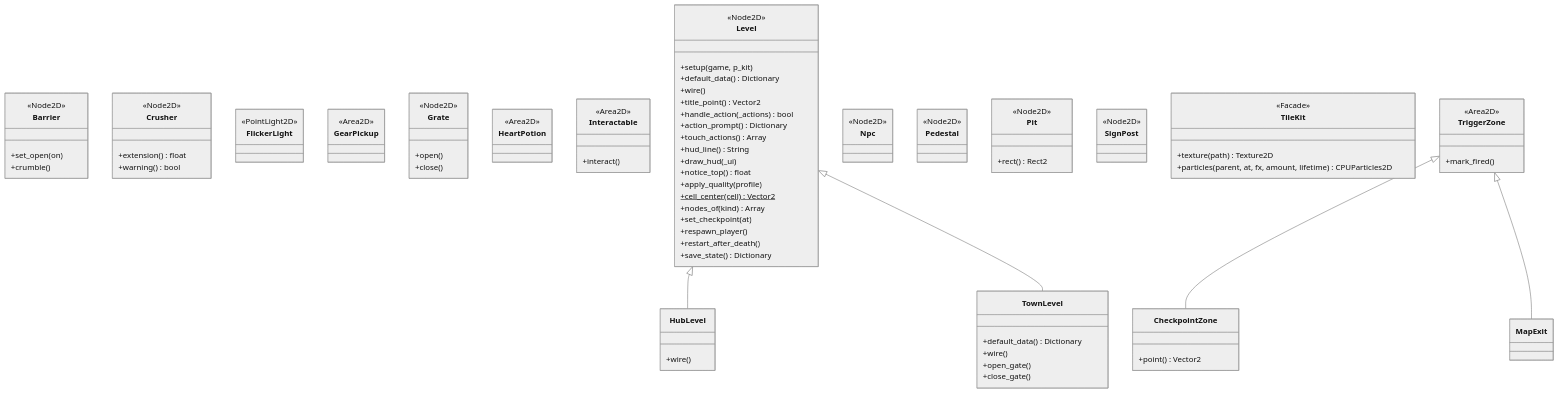
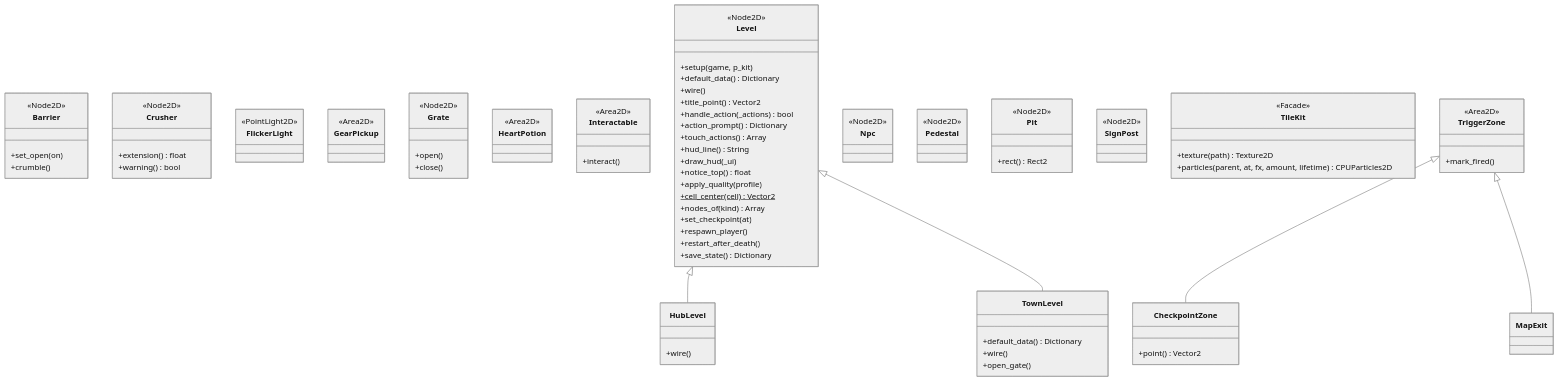
One commit to soyjuza/aritma changed the ninth of 14 diagrams in docs/UML_COMPLETO.md. Above: the diagram before and after it, drawn with Mermaid (neutral theme). The commit also changed other lines of this file and 147 other files, not shown here.

```diff
--- a/docs/UML_COMPLETO.md
+++ b/docs/UML_COMPLETO.md
@@ -1530,7 +1405,6 @@
         +default_data() Dictionary
         +wire()
         +open_gate()
-        +close_gate()
     }
     class TriggerZone {
         <<Area2D>>
```
